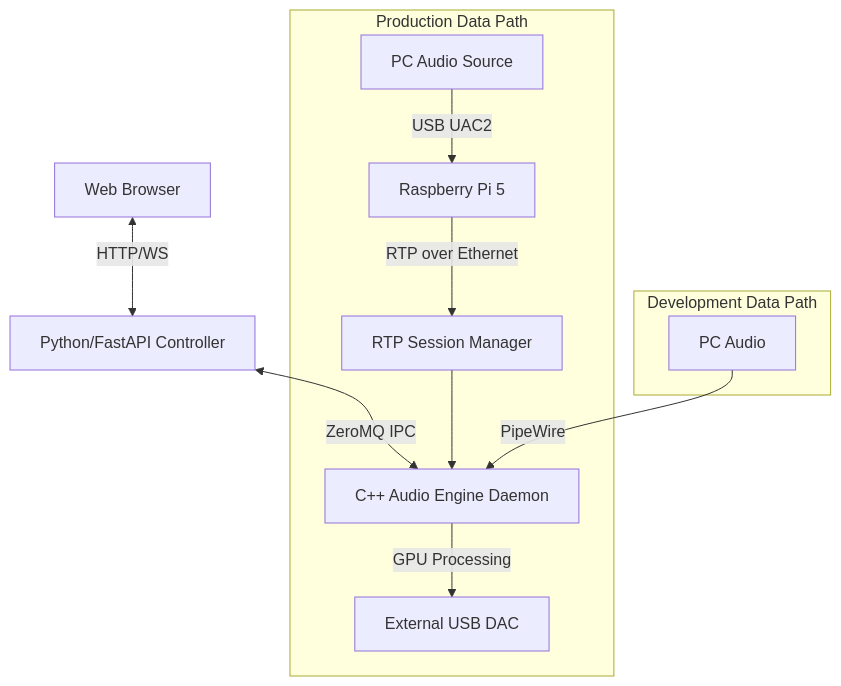
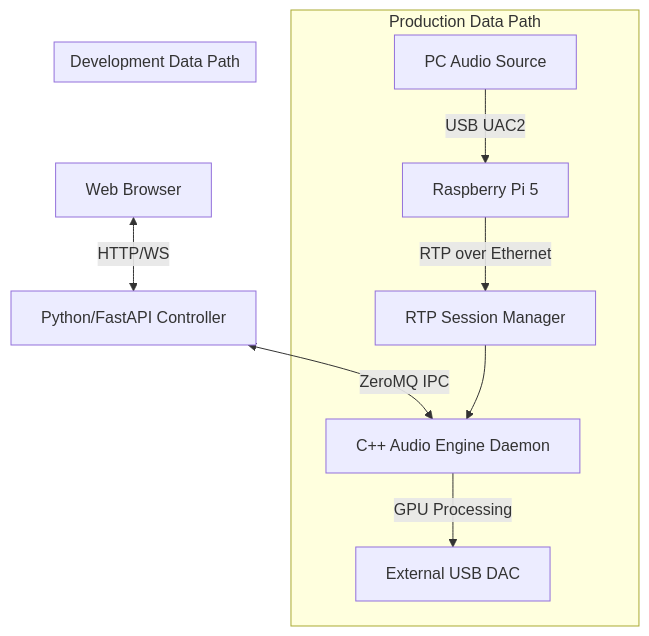
One commit to michihitoTakami/totton_audio_project changed the diagram in CLAUDE.md. Above: the diagram before and after it, drawn with Mermaid. The commit also changed other lines of this file and 31 other files, not shown here.

Commit message:
Remove PipeWire/RTP artifacts and align docs to ALSA/TCP

````diff
--- a/CLAUDE.md
+++ b/CLAUDE.md
@@ -46,16 +46,15 @@
 ```mermaid
 graph TD
     WebUI[Web Browser] <-->|HTTP/WS| Controller[Python/FastAPI Controller]
     Controller <-->|ZeroMQ IPC| Engine[C++ Audio Engine Daemon]
 
     subgraph Production Data Path
         PC[PC Audio Source] -->|USB UAC2| RasPi[Raspberry Pi 5]
         RasPi -->|RTP over Ethernet| RTPReceiver[RTP Session Manager]
         RTPReceiver --> Engine
         Engine -->|GPU Processing| DAC[External USB DAC]
     end
 
     subgraph Development Data Path
-        DevPC[PC Audio] -->|PipeWire| Engine
     end
 ```
````
